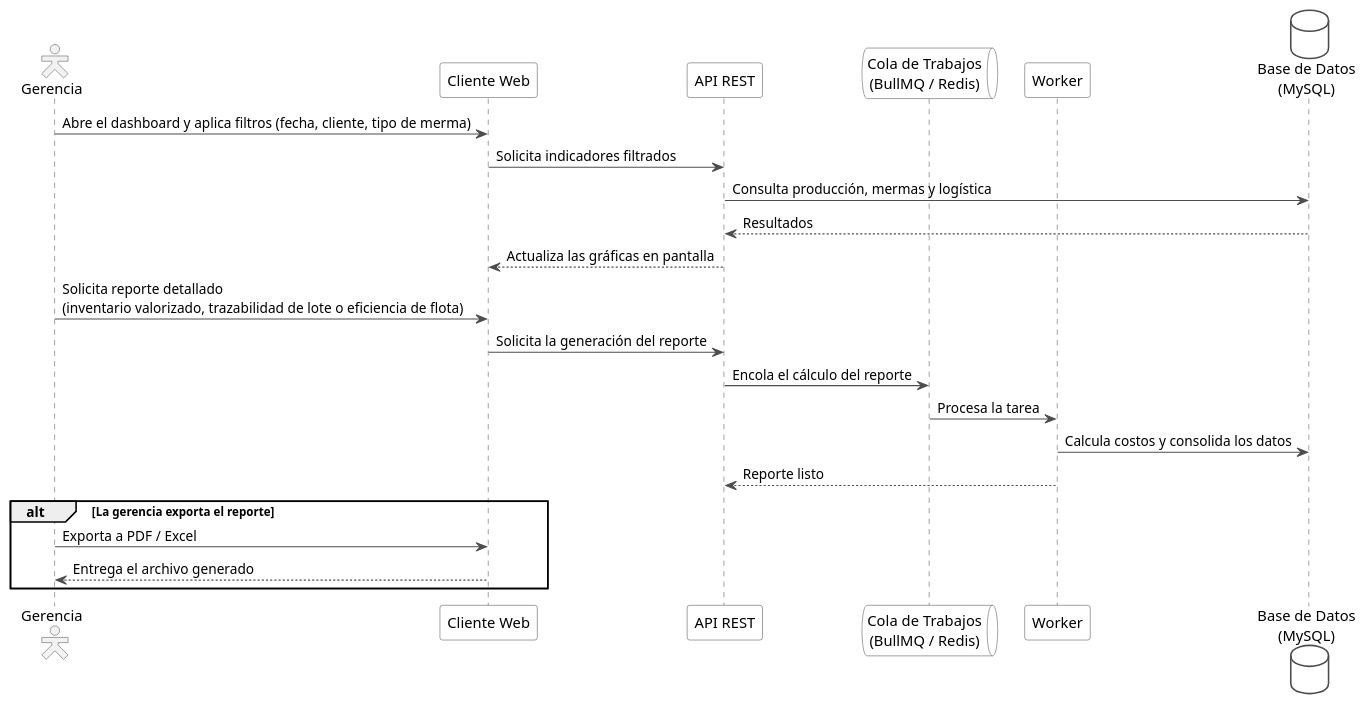
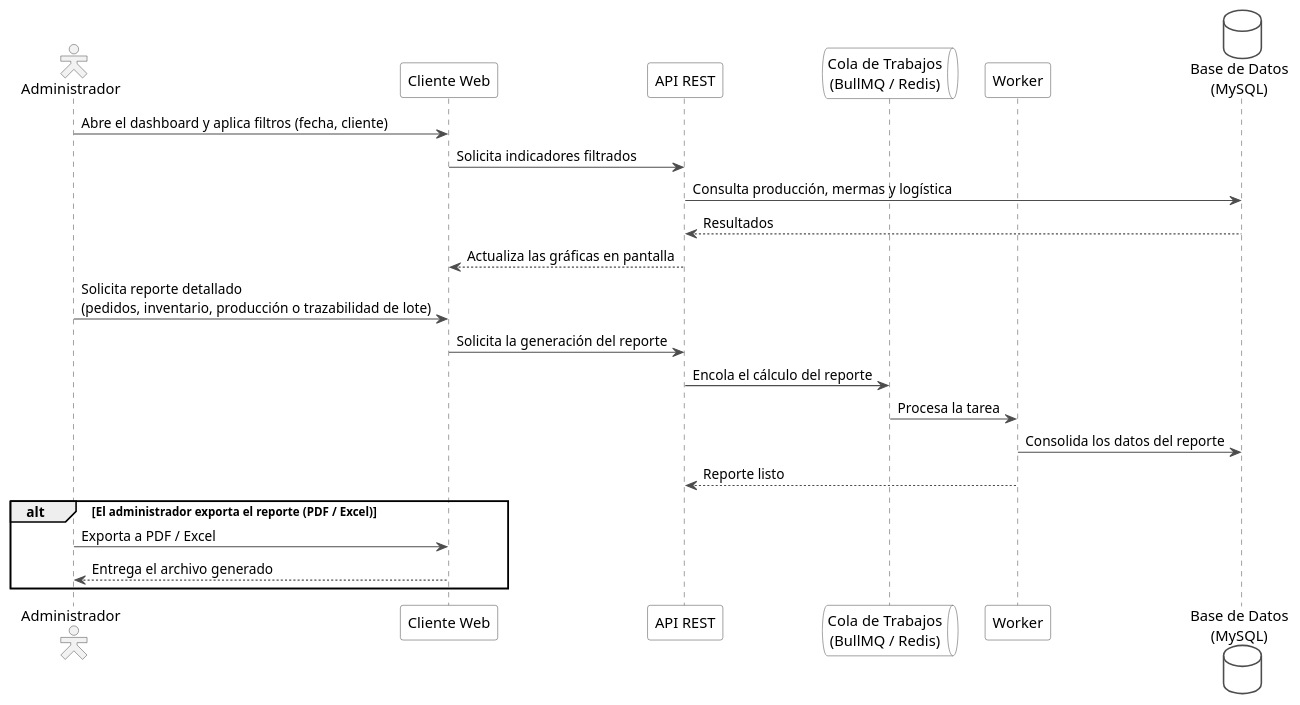
The diagram in diagramas/iteraciones/iteracion5_secuencia.puml (DecosUniversity/distri_yaneth_backend), drawn with PlantUML before and after one commit. The commit also changed 27 other files, not shown here.

First line of the commit message:
docs: alinea los diagramas de la tesis con el sistema real

```diff
--- a/diagramas/iteraciones/iteracion5_secuencia.puml
+++ b/diagramas/iteraciones/iteracion5_secuencia.puml
@@ -1,44 +1,44 @@
 @startuml iteracion5_secuencia
 ' Iteración 5 - Secuencia: consulta del dashboard y generación de reportes
 skinparam shadowing false
 skinparam actorStyle hollow
 skinparam sequence {
   ArrowColor #4D4D4D
   LifeLineBorderColor #4D4D4D
   LifeLineBackgroundColor #F7F7F7
   ParticipantBorderColor #4D4D4D
   ParticipantBackgroundColor #FFFFFF
   ActorBorderColor #4D4D4D
   ActorBackgroundColor #F2F2F2
 }
 skinparam databaseBorderColor #4D4D4D
 skinparam databaseBackgroundColor #FFFFFF
 skinparam queueBorderColor #4D4D4D
 skinparam queueBackgroundColor #FFFFFF
 
-actor "Gerencia" as G
+actor "Administrador" as G
 participant "Cliente Web" as CW
 participant "API REST" as API
 queue "Cola de Trabajos\n(BullMQ / Redis)" as Q
 participant "Worker" as W
 database "Base de Datos\n(MySQL)" as DB
 
-G -> CW : Abre el dashboard y aplica filtros (fecha, cliente, tipo de merma)
+G -> CW : Abre el dashboard y aplica filtros (fecha, cliente)
 CW -> API : Solicita indicadores filtrados
 API -> DB : Consulta producción, mermas y logística
 DB --> API : Resultados
 API --> CW : Actualiza las gráficas en pantalla
 
-G -> CW : Solicita reporte detallado\n(inventario valorizado, trazabilidad de lote o eficiencia de flota)
+G -> CW : Solicita reporte detallado\n(pedidos, inventario, producción o trazabilidad de lote)
 CW -> API : Solicita la generación del reporte
 API -> Q : Encola el cálculo del reporte
 Q -> W : Procesa la tarea
-W -> DB : Calcula costos y consolida los datos
+W -> DB : Consolida los datos del reporte
 W --> API : Reporte listo
 
-alt La gerencia exporta el reporte
+alt El administrador exporta el reporte (PDF / Excel)
   G -> CW : Exporta a PDF / Excel
   CW --> G : Entrega el archivo generado
 end
 
 @enduml
```
